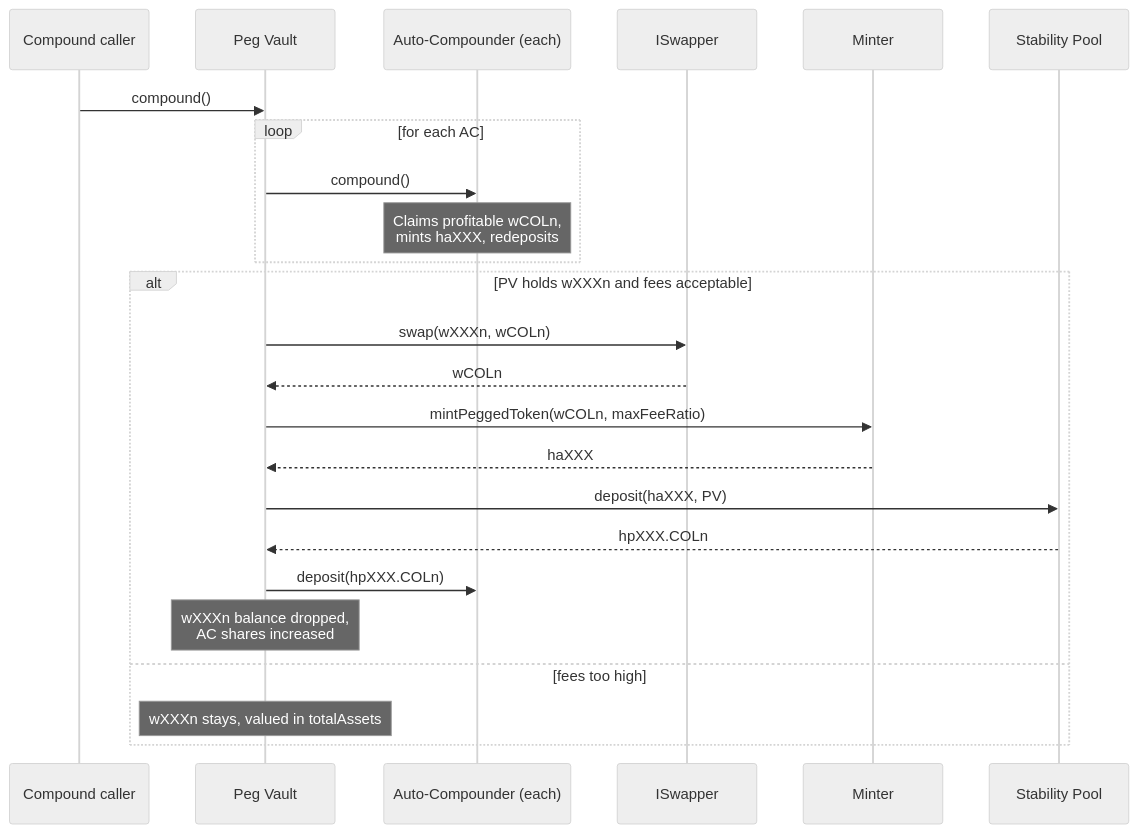
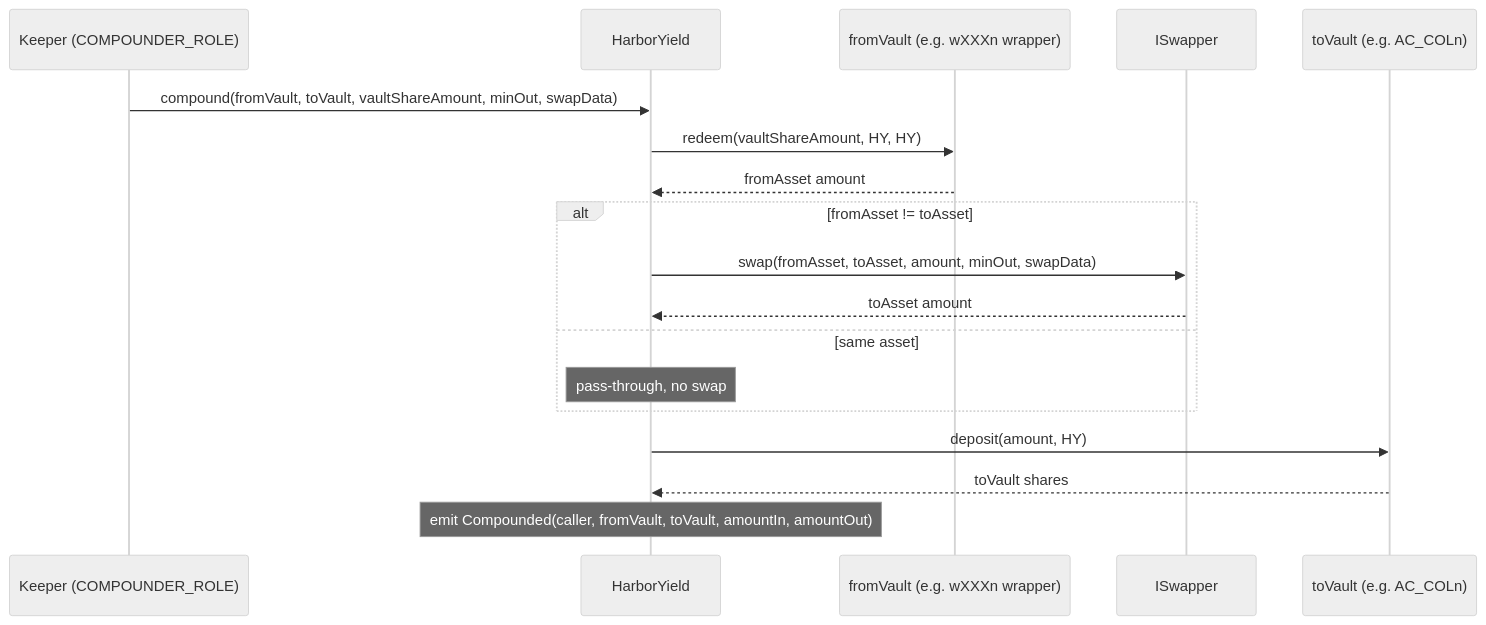
Before and after one commit to baofinance/harbor: the eighth of 9 diagrams in doc/ideas/autocompounding-vault-design.md, drawn with Mermaid (neutral theme). The commit also changed other lines of this file, not shown here.

First line of the commit message:
update autocompounding vault design doc to match shipped state

````diff
--- a/doc/ideas/autocompounding-vault-design.md
+++ b/doc/ideas/autocompounding-vault-design.md
@@ -294,29 +278,21 @@
 ```mermaid
 sequenceDiagram
-    participant Bot as Compound caller
-    participant PV as Peg Vault
-    participant AC as Auto-Compounder (each)
-    participant Swapper as ISwapper
-    participant Minter
-    participant SP as Stability Pool
+    participant Keeper as Keeper (COMPOUNDER_ROLE)
+    participant HY as HarborYield
+    participant Src as fromVault (e.g. wXXXn wrapper)
+    participant Swap as ISwapper
+    participant Dst as toVault (e.g. AC_COLn)
 
-    Bot->>PV: compound()
-
-    loop for each AC
-        PV->>AC: compound()
-        Note over AC: Claims profitable wCOLn,<br/>mints haXXX, redeposits
+    Keeper->>HY: compound(fromVault, toVault, vaultShareAmount, minOut, swapData)
+    HY->>Src: redeem(vaultShareAmount, HY, HY)
+    Src-->>HY: fromAsset amount
+    alt fromAsset != toAsset
+        HY->>Swap: swap(fromAsset, toAsset, amount, minOut, swapData)
+        Swap-->>HY: toAsset amount
+    else same asset
+        Note over HY: pass-through, no swap
     end
-
-    alt PV holds wXXXn and fees acceptable
-        PV->>Swapper: swap(wXXXn, wCOLn)
-        Swapper-->>PV: wCOLn
-        PV->>Minter: mintPeggedToken(wCOLn, maxFeeRatio)
-        Minter-->>PV: haXXX
-        PV->>SP: deposit(haXXX, PV)
-        SP-->>PV: hpXXX.COLn
-        PV->>AC: deposit(hpXXX.COLn)
-        Note over PV: wXXXn balance dropped,<br/>AC shares increased
-    else fees too high
-        Note over PV: wXXXn stays, valued in totalAssets
-    end
+    HY->>Dst: deposit(amount, HY)
+    Dst-->>HY: toVault shares
+    Note over HY: emit Compounded(caller, fromVault, toVault, amountIn, amountOut)
 ```
````
